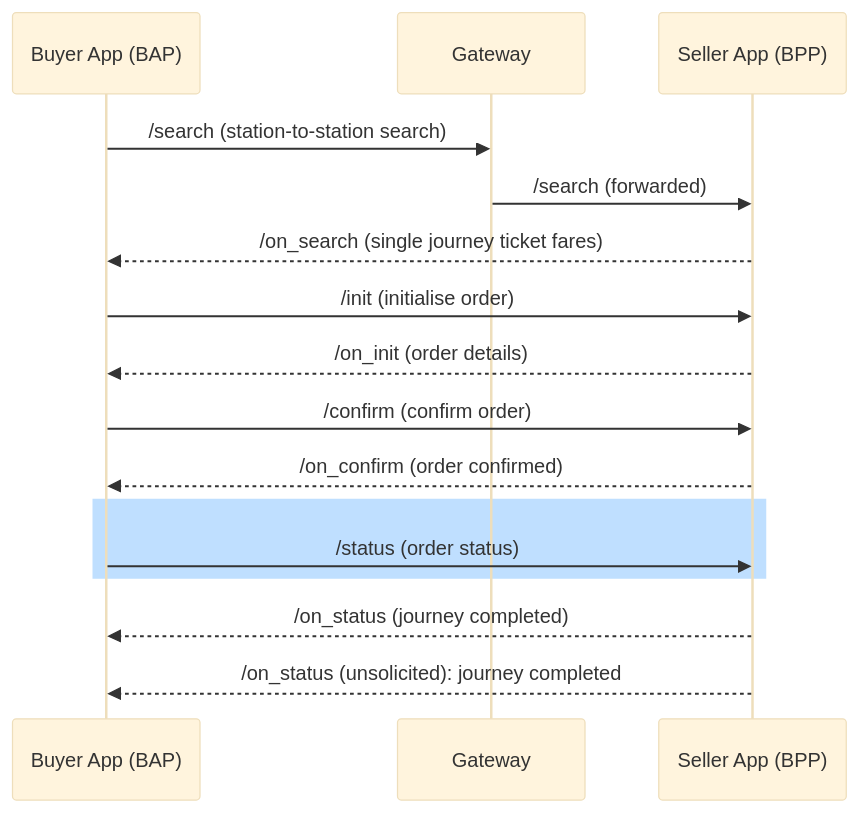
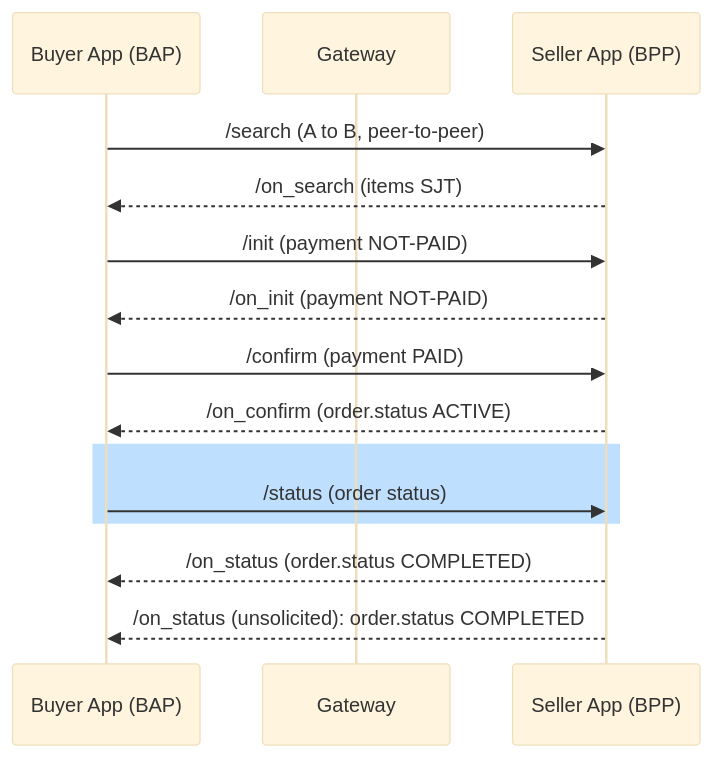
One commit to ONDC-Official/automation-specifications changed the seventh of 9 diagrams in config/docs/order-to-confirm-to-journey-completion-sjt-w-o-search-1-select-sequence-diagrams.md. Above: the diagram before and after it, drawn with Mermaid (base theme). The commit also changed other lines of this file and 24 other files, not shown here.

````diff
--- a/config/docs/order-to-confirm-to-journey-completion-sjt-w-o-search-1-select-sequence-diagrams.md
+++ b/config/docs/order-to-confirm-to-journey-completion-sjt-w-o-search-1-select-sequence-diagrams.md
@@ -138,18 +132,17 @@
 ```mermaid
 sequenceDiagram
   participant Buyer App (BAP)
   participant Gateway
   participant Seller App (BPP)
-  Buyer App (BAP)->>Gateway: /search (station-to-station search)
-  Gateway->>Seller App (BPP): /search (forwarded)
-  Seller App (BPP)-->>Buyer App (BAP): /on_search (single journey ticket fares)
-  Buyer App (BAP)->>Seller App (BPP): /init (initialise order)
-  Seller App (BPP)-->>Buyer App (BAP): /on_init (order details)
-  Buyer App (BAP)->>Seller App (BPP): /confirm (confirm order)
-  Seller App (BPP)-->>Buyer App (BAP): /on_confirm (order confirmed)
+  Buyer App (BAP)->>Seller App (BPP): /search (A to B, peer-to-peer)
+  Seller App (BPP)-->>Buyer App (BAP): /on_search (items SJT)
+  Buyer App (BAP)->>Seller App (BPP): /init (payment NOT-PAID)
+  Seller App (BPP)-->>Buyer App (BAP): /on_init (payment NOT-PAID)
+  Buyer App (BAP)->>Seller App (BPP): /confirm (payment PAID)
+  Seller App (BPP)-->>Buyer App (BAP): /on_confirm (order.status ACTIVE)
   rect rgb(191, 223, 255)
   Buyer App (BAP)->>Seller App (BPP): /status (order status)
   end
-  Seller App (BPP)-->>Buyer App (BAP): /on_status (journey completed)
-  Seller App (BPP)-->>Buyer App (BAP): /on_status (unsolicited): journey completed
+  Seller App (BPP)-->>Buyer App (BAP): /on_status (order.status COMPLETED)
+  Seller App (BPP)-->>Buyer App (BAP): /on_status (unsolicited): order.status COMPLETED
 ```
````
